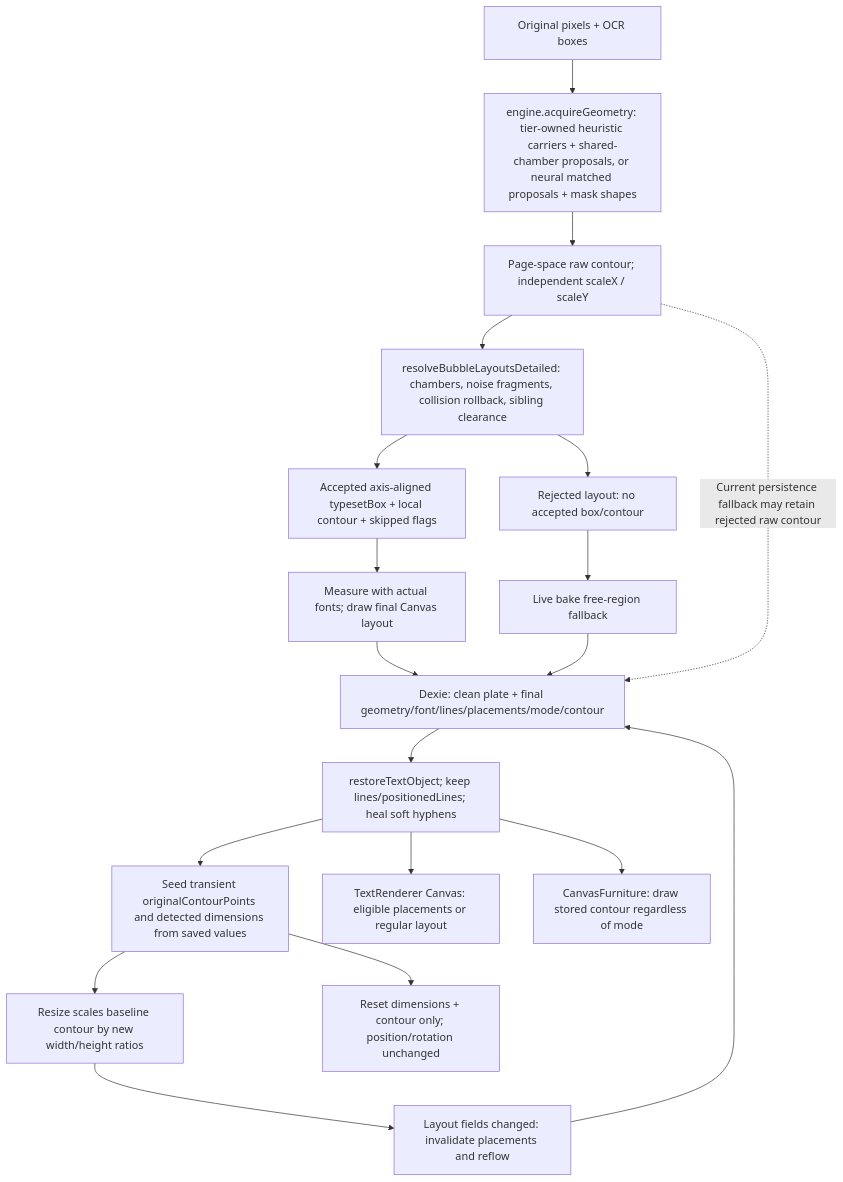
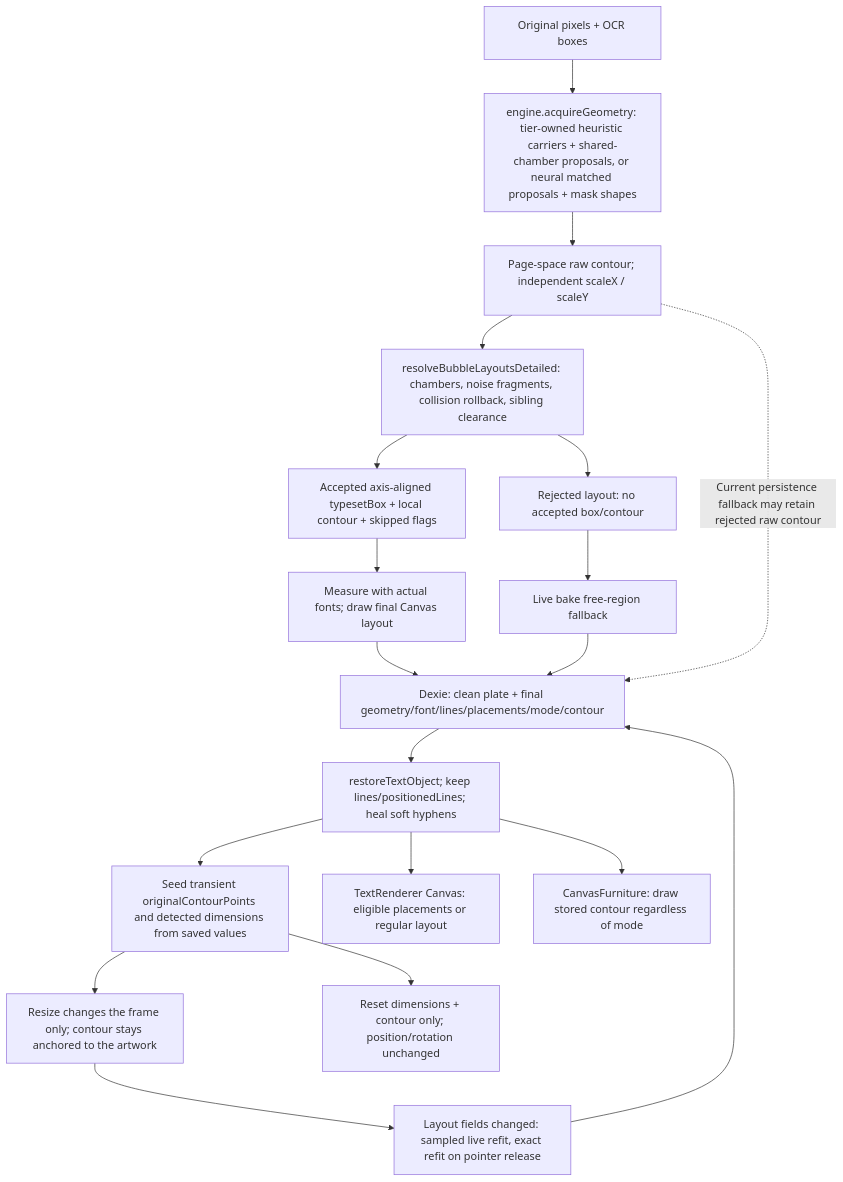
Before and after one commit to Unheat/Kites: the third of 3 diagrams in docs/architecture/studio-and-typesetting.md, drawn with Mermaid. The commit also changed other lines of this file and 3 other files, not shown here.

First line of the commit message:
fix(studio): re-typeset contour on resize instead of scaling the glyphs

````diff
--- a/docs/architecture/studio-and-typesetting.md
+++ b/docs/architecture/studio-and-typesetting.md
@@ -163,21 +163,21 @@
 ```mermaid
 flowchart TD
     Source["Original pixels + OCR boxes"] --> Geometry["engine.acquireGeometry: tier-owned heuristic carriers + shared-chamber proposals, or neural matched proposals + mask shapes"]
     Geometry --> Raw["Page-space raw contour; independent scaleX / scaleY"]
     Raw --> Resolve["resolveBubbleLayoutsDetailed: chambers, noise fragments, collision rollback, sibling clearance"]
     Resolve --> Accepted["Accepted axis-aligned typesetBox + local contour + skipped flags"]
     Resolve --> Rejected["Rejected layout: no accepted box/contour"]
     Accepted --> Bake["Measure with actual fonts; draw final Canvas layout"]
     Rejected --> Free["Live bake free-region fallback"]
     Bake --> Save["Dexie: clean plate + final geometry/font/lines/placements/mode/contour"]
     Free --> Save
     Raw -.->|"Current persistence fallback may retain rejected raw contour"| Save
     Save --> Restore["restoreTextObject; keep lines/positionedLines; heal soft hyphens"]
     Restore --> Baseline["Seed transient originalContourPoints and detected dimensions from saved values"]
     Restore --> Paint["TextRenderer Canvas: eligible placements or regular layout"]
     Restore --> Outline["CanvasFurniture: draw stored contour regardless of mode"]
-    Baseline --> Resize["Resize scales baseline contour by new width/height ratios"]
-    Resize --> Reflow["Layout fields changed: invalidate placements and reflow"]
+    Baseline --> Resize["Resize changes the frame only; contour stays anchored to the artwork"]
+    Resize --> Reflow["Layout fields changed: sampled live refit, exact refit on pointer release"]
     Reflow --> Save
     Baseline --> Reset["Reset dimensions + contour only; position/rotation unchanged"]
 ```
````
